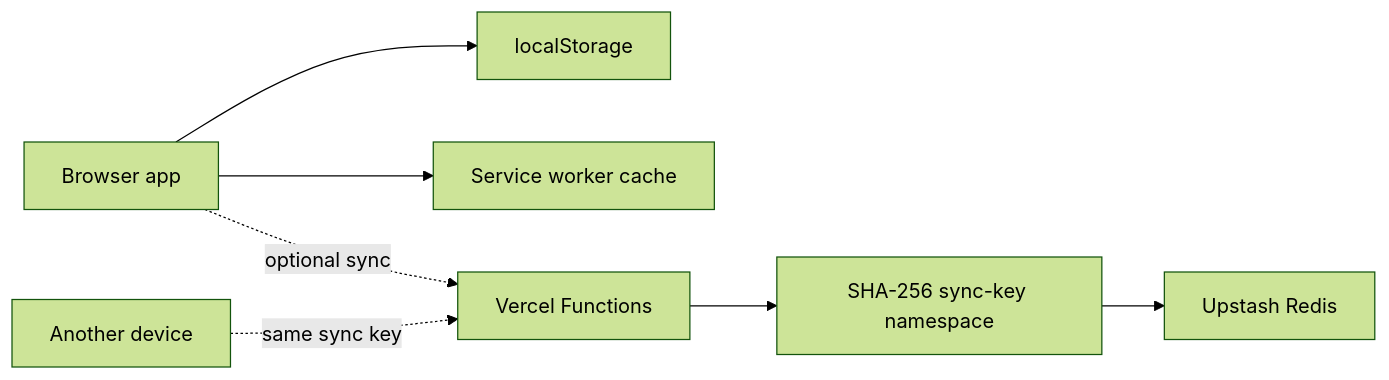
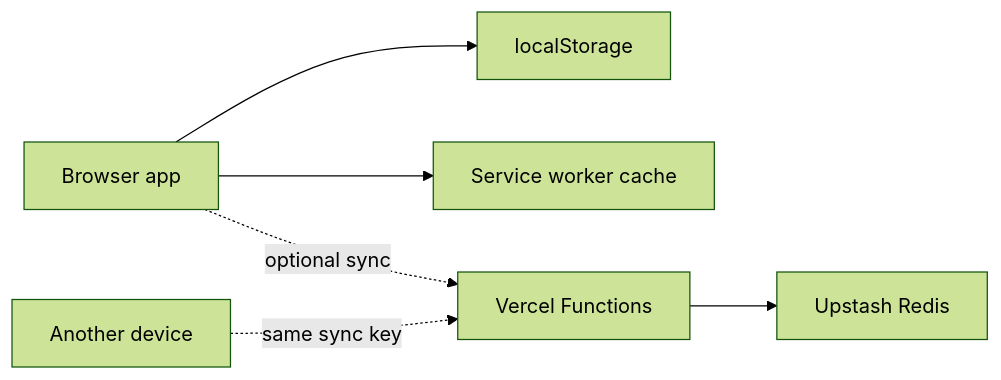
One commit to hamzabhulla/web-notepad changed the diagram in README.md. Above: the diagram before and after it, drawn with Mermaid (forest theme). The commit also changed other lines of this file, not shown here.

````diff
--- a/README.md
+++ b/README.md
@@ -87,9 +58,8 @@
 ```mermaid
 flowchart LR
     Browser[Browser app] --> Local[localStorage]
     Browser --> SW[Service worker cache]
     Browser -. optional sync .-> API[Vercel Functions]
-    API --> Namespace[SHA-256 sync-key namespace]
-    Namespace --> Redis[Upstash Redis]
+    API --> Redis[Upstash Redis]
     Other[Another device] -. same sync key .-> API
 ```
````
